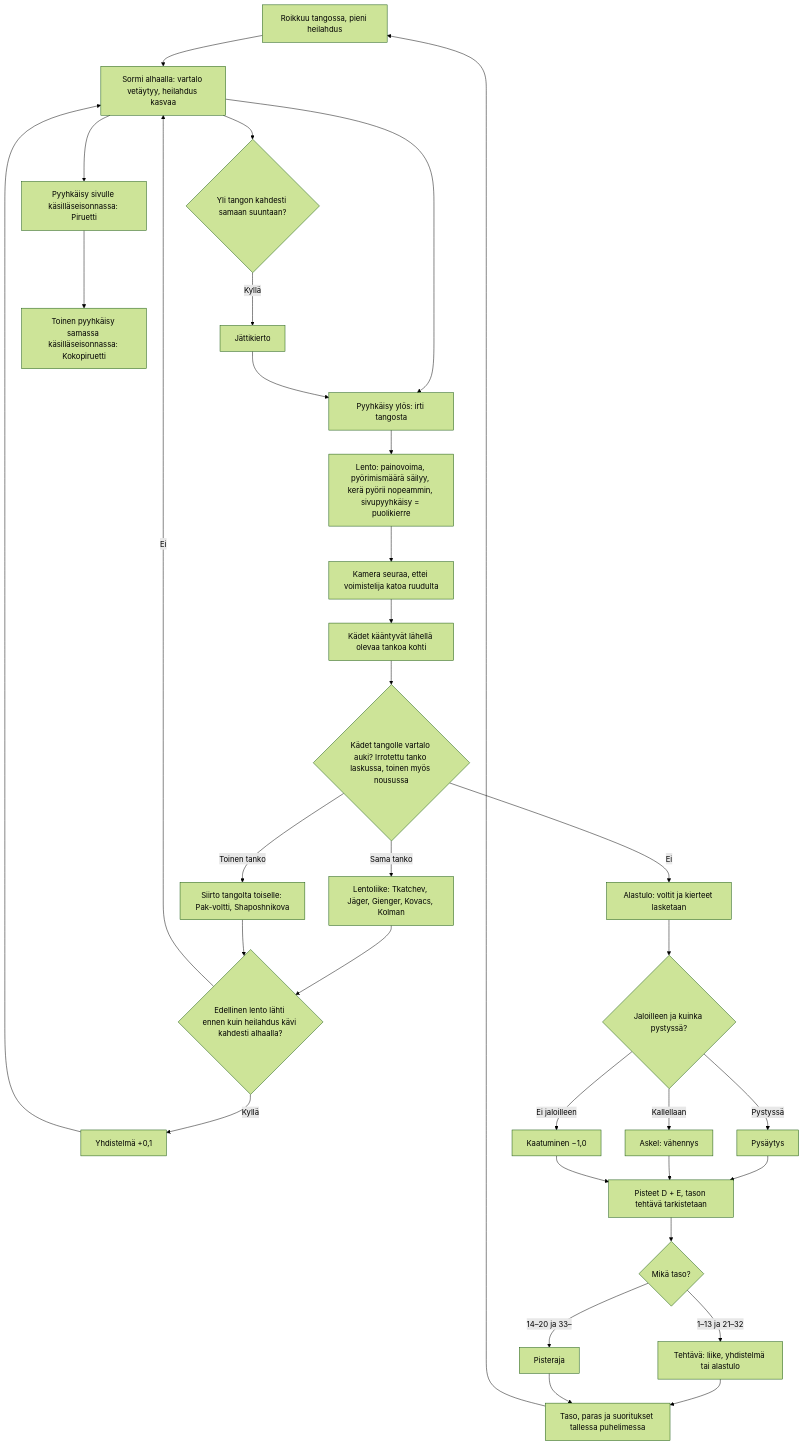
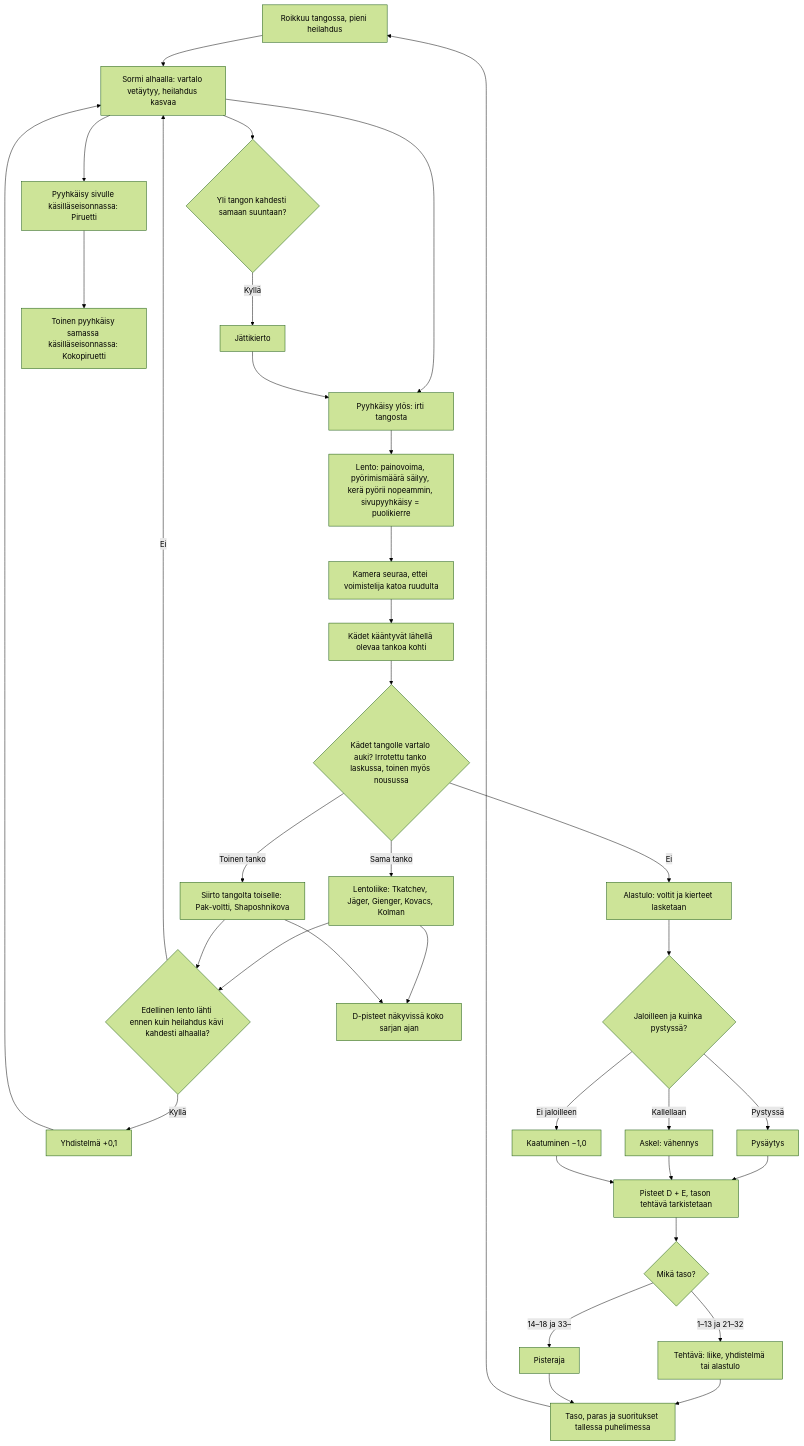
Before and after one commit to eerovil/ai-pelit: the diagram in docs/diagrams/voimistelu.md, drawn with Mermaid (forest theme). The commit also changed other lines of this file and 4 other files, not shown here.

````diff
--- a/docs/diagrams/voimistelu.md
+++ b/docs/diagrams/voimistelu.md
@@ -12,40 +12,42 @@
 ```mermaid
 flowchart TD
   A[Roikkuu tangossa, pieni heilahdus] --> B[Sormi alhaalla: vartalo vetäytyy, heilahdus kasvaa]
   B --> C{Yli tangon kahdesti samaan suuntaan?}
   C -- Kyllä --> D[Jättikierto]
   B --> P[Pyyhkäisy sivulle käsilläseisonnassa: Piruetti]
   P --> P2[Toinen pyyhkäisy samassa käsilläseisonnassa: Kokopiruetti]
   B --> E[Pyyhkäisy ylös: irti tangosta]
   D --> E
   E --> F[Lento: painovoima, pyörimismäärä säilyy, kerä pyörii nopeammin, sivupyyhkäisy = puolikierre]
   F --> R[Kamera seuraa, ettei voimistelija katoa ruudulta]
   R --> T[Kädet kääntyvät lähellä olevaa tankoa kohti]
   T --> G{Kädet tangolle vartalo auki? Irrotettu tanko laskussa, toinen myös nousussa}
   G -- Sama tanko --> H[Lentoliike: Tkatchev, Jäger, Gienger, Kovacs, Kolman]
   G -- Toinen tanko --> Q[Siirto tangolta toiselle: Pak-voltti, Shaposhnikova]
   H --> Y{Edellinen lento lähti ennen kuin heilahdus kävi kahdesti alhaalla?}
   Q --> Y
   Y -- Kyllä --> Z[Yhdistelmä +0,1]
   Z --> B
   Y -- Ei --> B
   G -- Ei --> I[Alastulo: voltit ja kierteet lasketaan]
   I --> J{Jaloilleen ja kuinka pystyssä?}
   J -- Pystyssä --> K[Pysäytys]
   J -- Kallellaan --> L[Askel: vähennys]
   J -- Ei jaloilleen --> M[Kaatuminen −1,0]
   K --> N[Pisteet D + E, tason tehtävä tarkistetaan]
   L --> N
   M --> N
   N --> V{Mikä taso?}
   V -- 1–13 ja 21–32 --> W[Tehtävä: liike, yhdistelmä tai alastulo]
-  V -- 14–20 ja 33– --> X[Pisteraja]
+  V -- 14–18 ja 33– --> X[Pisteraja]
   W --> O[Taso, paras ja suoritukset tallessa puhelimessa]
+  H --> DD[D-pisteet näkyvissä koko sarjan ajan]
+  Q --> DD
   X --> O
   O --> A
   class A,B,E,P blue
   class C,G,J,Y,V amber
   class F,R,T teal
-  class D,H,I,K,N,O,Q,P2,Z,W,X green
+  class D,H,I,K,N,O,Q,P2,Z,W,X,DD green
   class L,M rose
 ```
````
